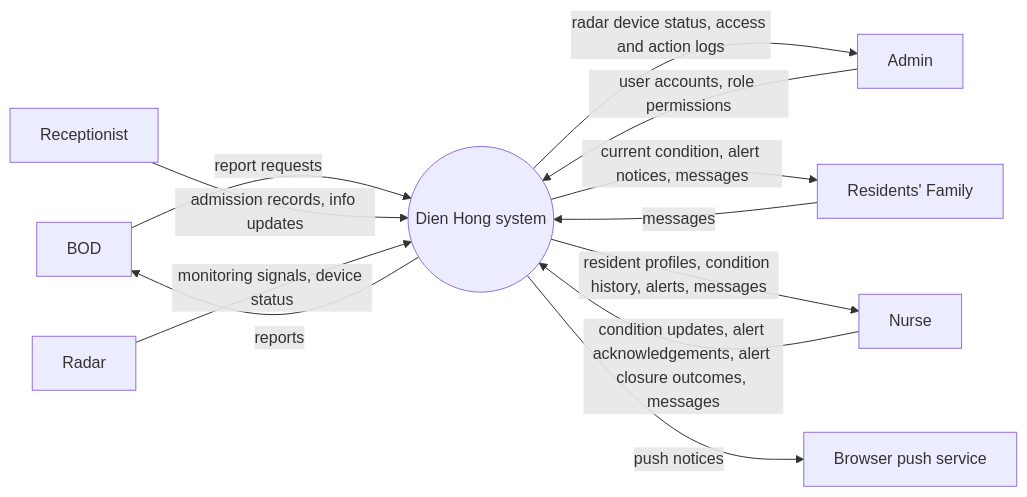
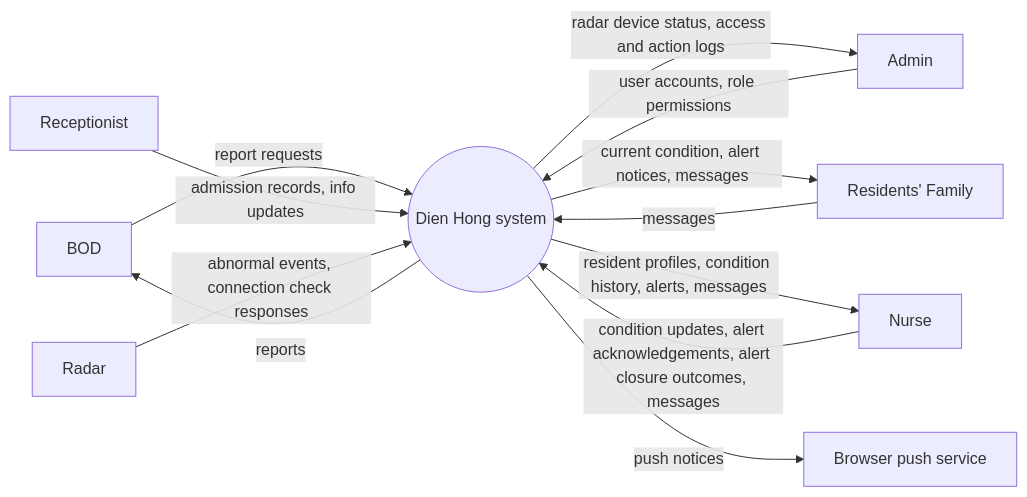
The diagram in docs/context/context-diagram.md (hatrang191/groupE-nursinghome), drawn with Mermaid before and after one commit. The commit also changed other lines of this file, not shown here.

````diff
--- a/docs/context/context-diagram.md
+++ b/docs/context/context-diagram.md
@@ -13,29 +13,29 @@
 ```mermaid
 flowchart LR
   BOD["BOD"]
   REC["Receptionist"]
   ADM["Admin"]
   FAM["Residents' Family"]
   RAD["Radar"]
   NUR["Nurse"]
   PUSH["Browser push service"]
   DH(("Dien Hong system"))
 
   BOD -->|"report requests"| DH
   DH -->|"reports"| BOD
 
   REC -->|"admission records, info updates"| DH
 
   ADM -->|"user accounts, role permissions"| DH
   DH -->|"radar device status, access and action logs"| ADM
 
   FAM -->|"messages"| DH
   DH -->|"current condition, alert notices, messages"| FAM
 
-  RAD -->|"monitoring signals, device status"| DH
+  RAD -->|"abnormal events, connection check responses"| DH
 
   NUR -->|"condition updates, alert acknowledgements, alert closure outcomes, messages"| DH
   DH -->|"resident profiles, condition history, alerts, messages"| NUR
 
   DH -->|"push notices"| PUSH
 ```
````
